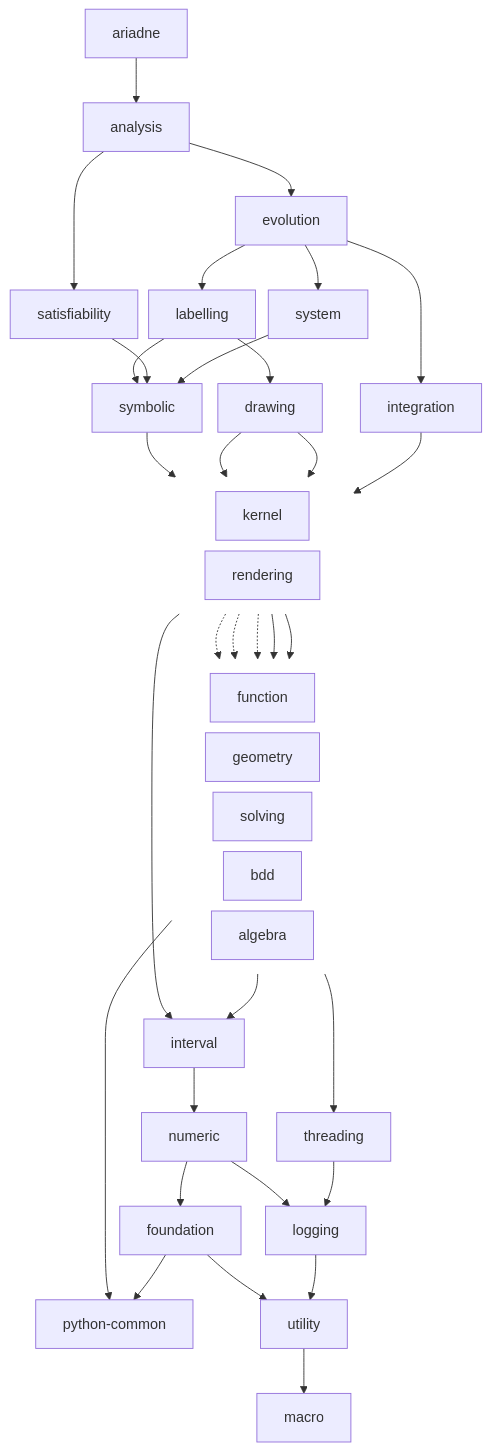
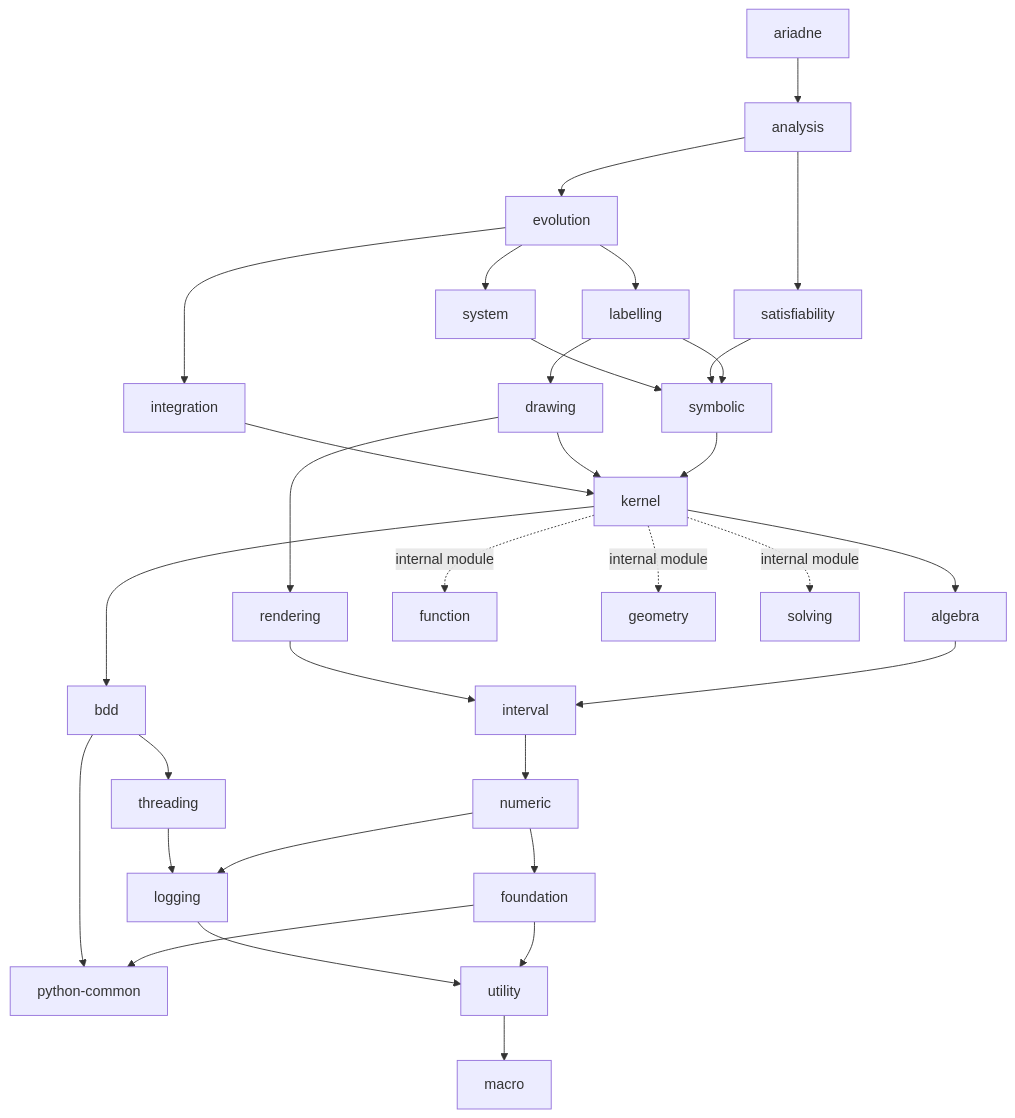
The diagram in doc/decoupling/structure.md (ariadne-cps/ariadne), drawn with Mermaid before and after one commit. The commit also changed other lines of this file, not shown here.

Commit message:
docs: restore original decoupling structure graph

````diff
--- a/doc/decoupling/structure.md
+++ b/doc/decoupling/structure.md
@@ -38,65 +38,48 @@
 ```mermaid
 graph TD
-    %%{init: {"flowchart": {"nodeSpacing": 12, "rankSpacing": 50}}}%%
     ariadne --> analysis
 
     analysis --> evolution
     analysis --> satisfiability
 
     evolution --> integration
     evolution --> system
     evolution --> labelling
 
     integration --> kernel
 
     system --> symbolic
 
     satisfiability --> symbolic
 
     labelling --> symbolic
     labelling --> drawing
 
     drawing --> rendering
     drawing --> kernel
 
     symbolic --> kernel
 
-    subgraph kernel_level[" "]
-        direction LR
-        kernel
-        rendering
-    end
-    style kernel_level fill:none,stroke:none,color:transparent
+    kernel --> bdd
+    kernel --> algebra
+    rendering --> interval
 
-    subgraph kernel_children[" "]
-        direction LR
-        function
-        geometry
-        solving
-        bdd
-        algebra
-    end
-    style kernel_children fill:none,stroke:none,color:transparent
-
-    kernel --> bdd & algebra
-    kernel -.-> function
-    kernel -.-> geometry
-    kernel -.-> solving
-
-    rendering --> interval
+    kernel -. internal module .-> function
+    kernel -. internal module .-> geometry
+    kernel -. internal module .-> solving
 
     bdd --> threading
     bdd --> python_common["python-common"]
 
     threading --> logging
     logging --> utility
     utility --> macro
 
     algebra --> interval
     interval --> numeric
     numeric --> foundation
     numeric --> logging
 
     foundation --> utility
     foundation --> python_common
 ```
````
